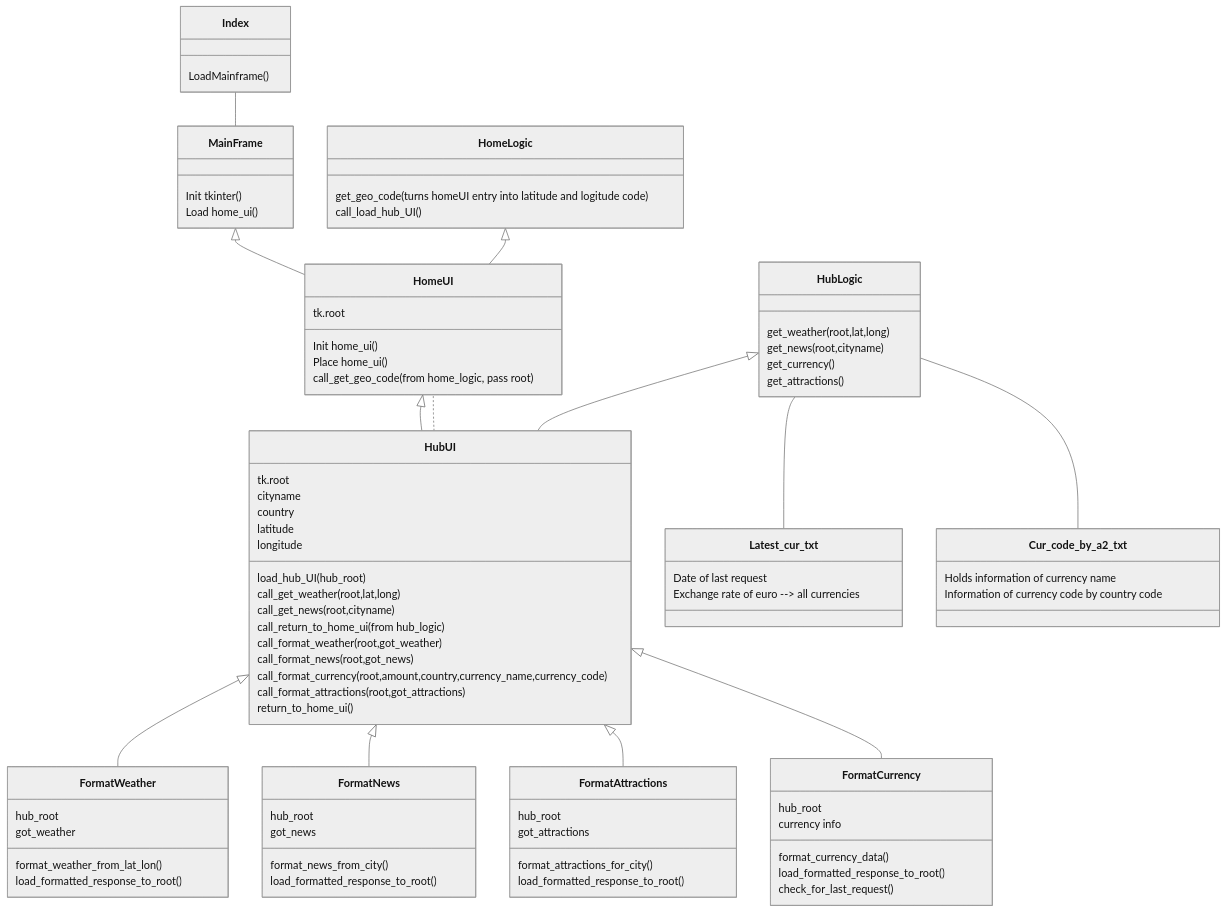
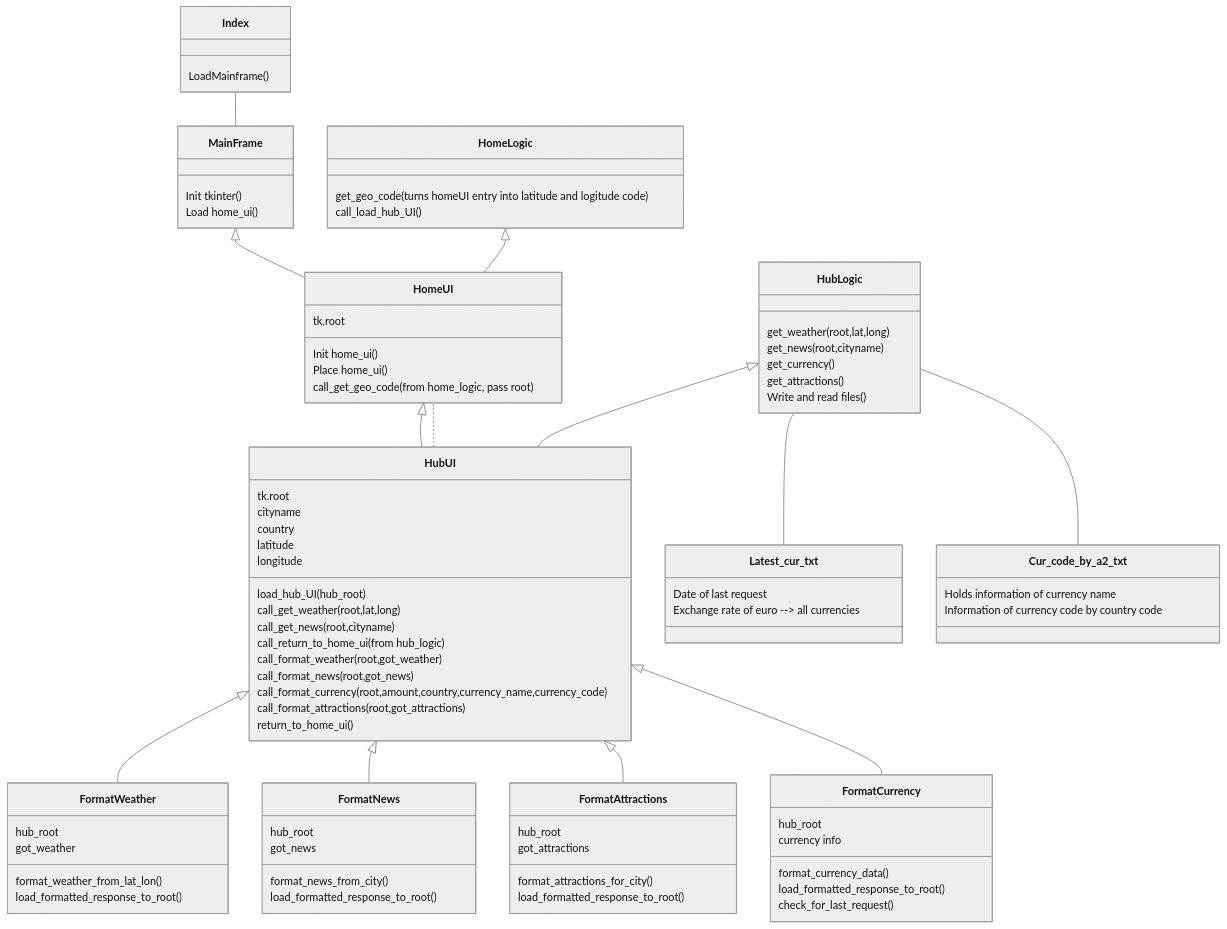
One commit to kodtld/TravelHub changed the diagram in dokumentaatio/arkkitehtuuri.md. Above: the diagram before and after it, drawn with Mermaid (neutral theme). The commit also changed other lines of this file, not shown here.

```diff
--- a/dokumentaatio/arkkitehtuuri.md
+++ b/dokumentaatio/arkkitehtuuri.md
@@ -71,7 +83,8 @@
           get_weather(root,lat,long)
   	  get_news(root,cityname)
           get_currency()
-	  get_attractions()  
+	  get_attractions()
+	  Write and read files()  
           
          }
 
```
